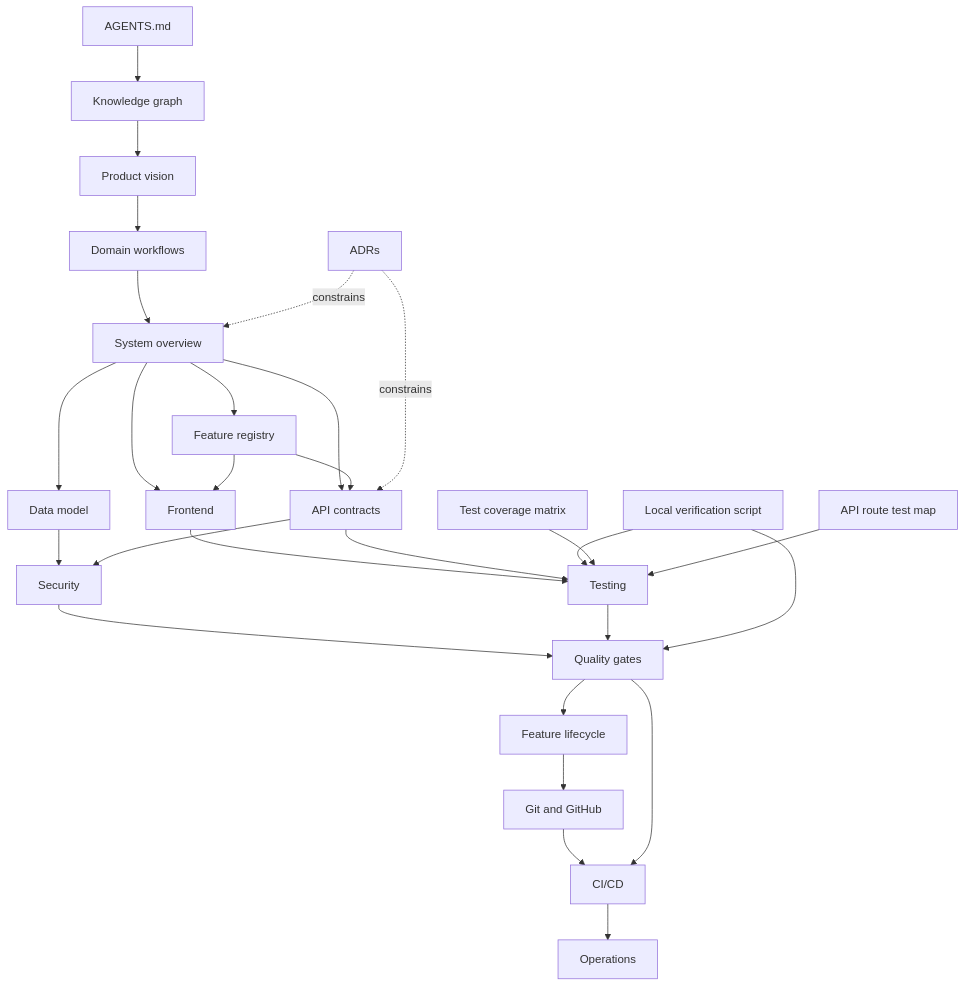
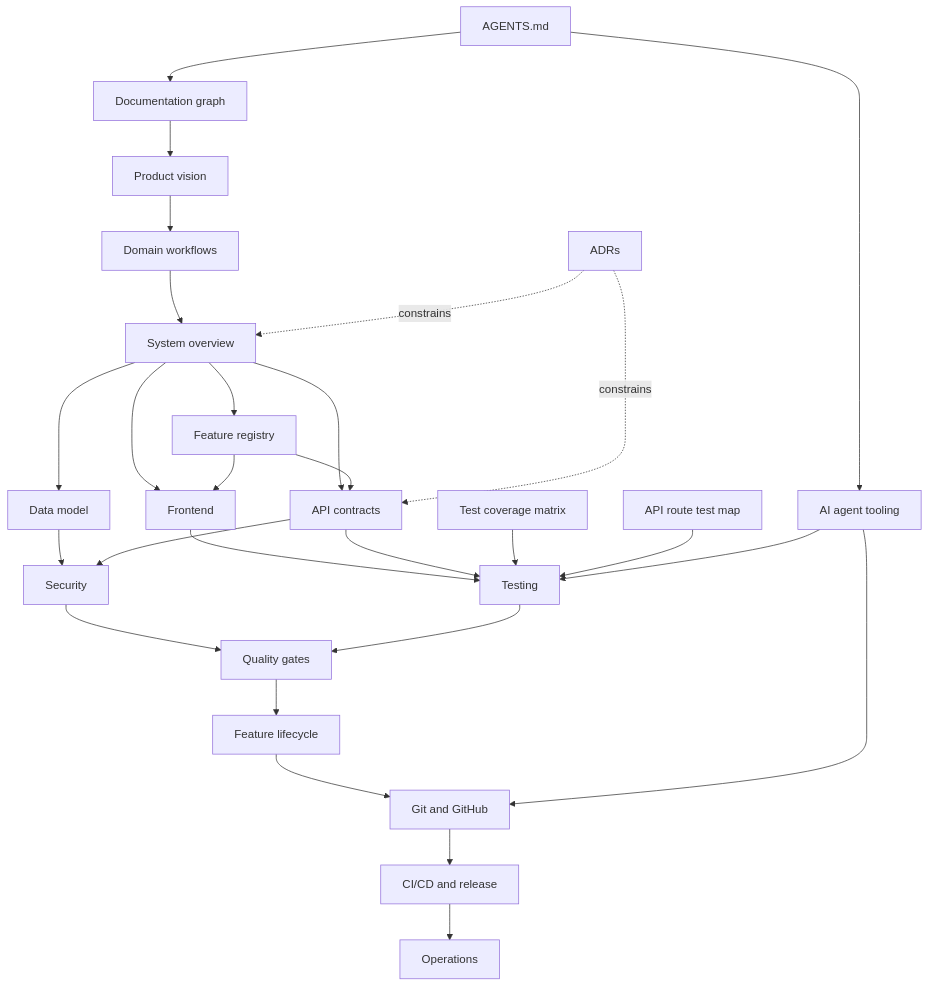
The diagram in docs/knowledge-graph.md (AminBrave/rad-art-marketplace), drawn with Mermaid before and after one commit. The commit also changed other lines of this file, not shown here.

Commit message:
docs(graph): align knowledge graph with current agent tooling and CI policy

```diff
--- a/docs/knowledge-graph.md
+++ b/docs/knowledge-graph.md
@@ -5,30 +5,30 @@
 ~~~mermaid
 flowchart TD
- A[AGENTS.md] --> K[Knowledge graph]
+ A[AGENTS.md] --> K[Documentation graph]
+ A --> AT[AI agent tooling]
  K --> P[Product vision]
  P --> D[Domain workflows]
  D --> S[System overview]
  S --> M[Data model]
  S --> F[Frontend]
  S --> API[API contracts]
  S --> FR[Feature registry]
  FR --> F
  FR --> API
  M --> SEC[Security]
  API --> SEC
  F --> T[Testing]
  API --> T
  SEC --> Q[Quality gates]
  T --> Q
  Q --> L[Feature lifecycle]
  L --> G[Git and GitHub]
- G --> C[CI/CD]
- Q --> C
+ G --> C[CI/CD and release]
  C --> O[Operations]
  ADR[ADRs] -. constrains .-> S
  ADR -. constrains .-> API
- V[Local verification script] --> T
- V --> Q
  CM[Test coverage matrix] --> T
  RM[API route test map] --> T
+ AT --> G
+ AT --> T
 ~~~
```
